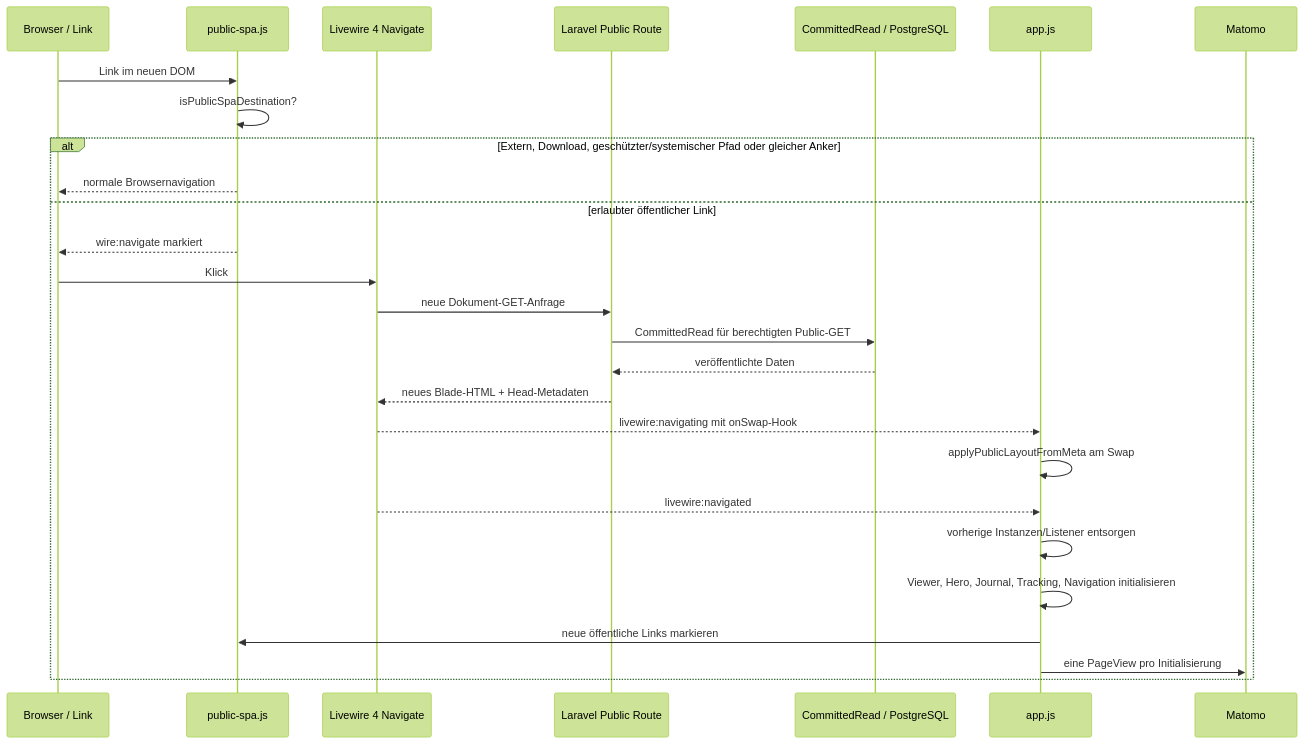
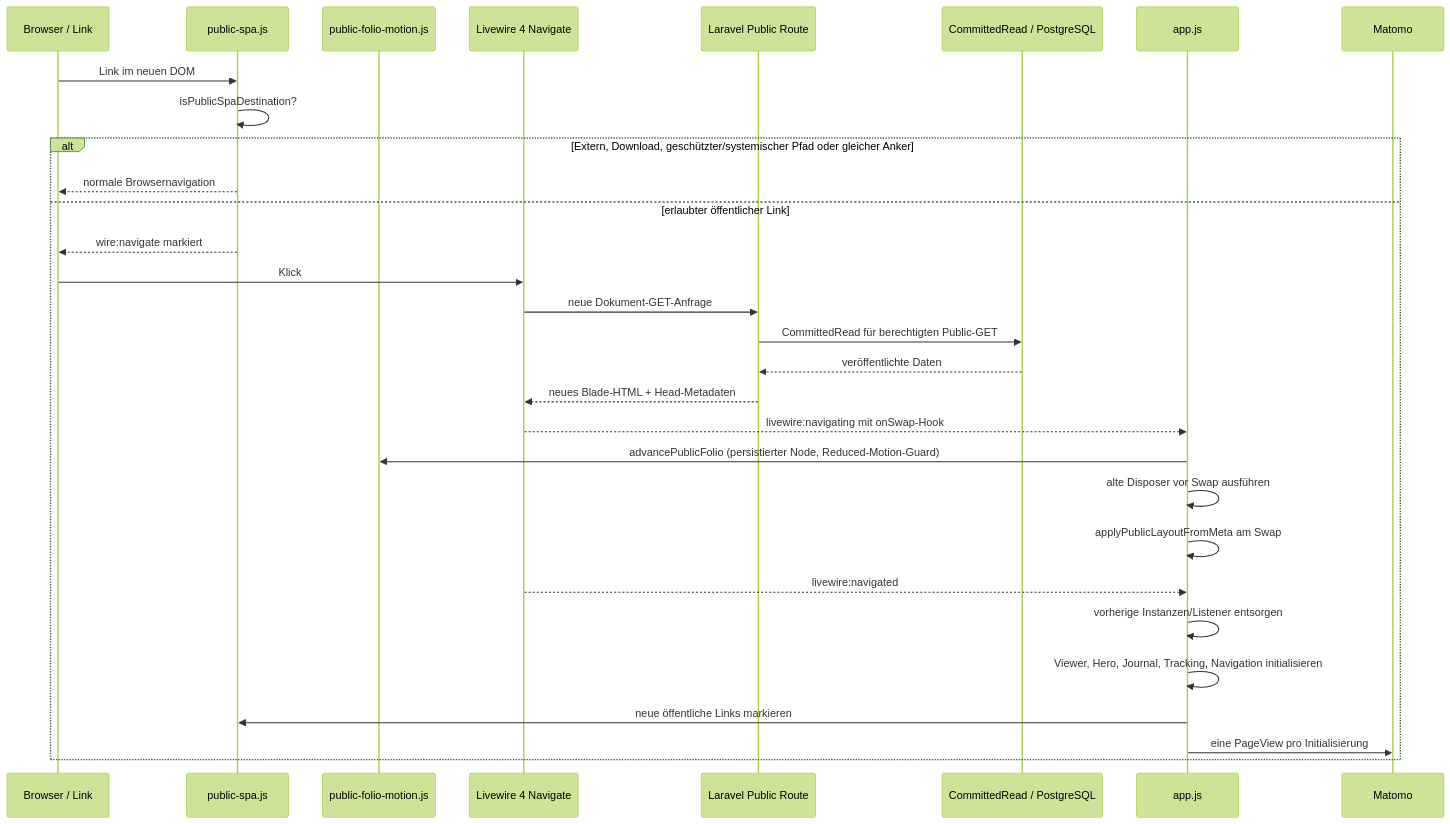
One commit to Wiiii90/moeller-lars changed the diagram in docs/architecture/public-spa-lifecycle.md. Above: the diagram before and after it, drawn with Mermaid (forest theme). The commit also changed other lines of this file and 1 other file, not shown here.

Commit message:
docs(architecture): trace persisted folio motion through public SPA navigation

````diff
--- a/docs/architecture/public-spa-lifecycle.md
+++ b/docs/architecture/public-spa-lifecycle.md
@@ -11,30 +11,33 @@
 ```mermaid
 sequenceDiagram
     participant User as Browser / Link
     participant Filter as public-spa.js
+    participant Folio as public-folio-motion.js
     participant LW as Livewire 4 Navigate
     participant PHP as Laravel Public Route
     participant DB as CommittedRead / PostgreSQL
     participant Boot as app.js
     participant Track as Matomo
 
     User->>Filter: Link im neuen DOM
     Filter->>Filter: isPublicSpaDestination?
     alt Extern, Download, geschützter/systemischer Pfad oder gleicher Anker
         Filter-->>User: normale Browsernavigation
     else erlaubter öffentlicher Link
         Filter-->>User: wire:navigate markiert
         User->>LW: Klick
         LW->>PHP: neue Dokument-GET-Anfrage
         PHP->>DB: CommittedRead für berechtigten Public-GET
         DB-->>PHP: veröffentlichte Daten
         PHP-->>LW: neues Blade-HTML + Head-Metadaten
         LW-->>Boot: livewire:navigating mit onSwap-Hook
+        Boot->>Folio: advancePublicFolio (persistierter Node, Reduced-Motion-Guard)
+        Boot->>Boot: alte Disposer vor Swap ausführen
         Boot->>Boot: applyPublicLayoutFromMeta am Swap
         LW-->>Boot: livewire:navigated
         Boot->>Boot: vorherige Instanzen/Listener entsorgen
         Boot->>Boot: Viewer, Hero, Journal, Tracking, Navigation initialisieren
         Boot->>Filter: neue öffentliche Links markieren
         Boot->>Track: eine PageView pro Initialisierung
     end
 ```
````
